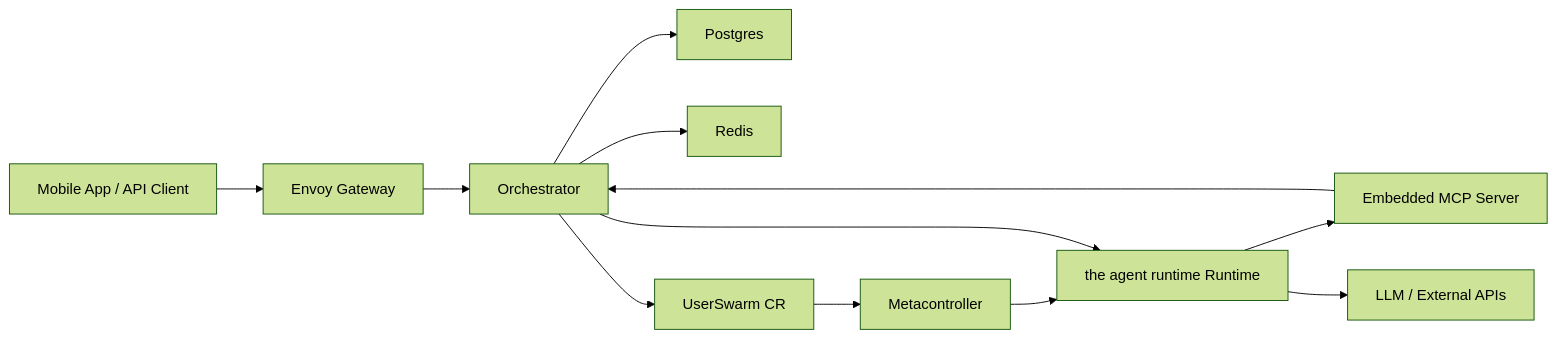
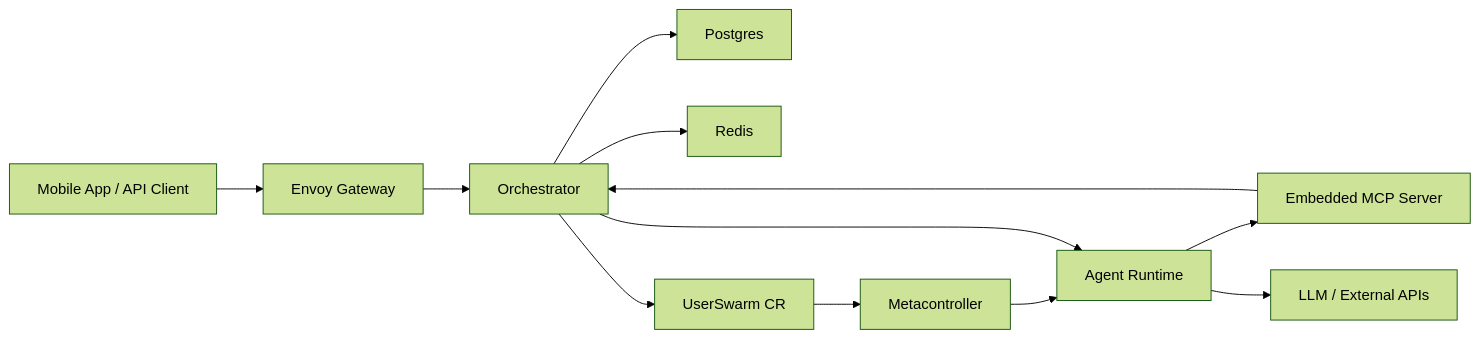
The diagram in README.md (Crawbl-AI/crawbl-backend), drawn with Mermaid (forest theme) before and after one commit. The commit also changed other lines of this file and 5 other files, not shown here.

First line of the commit message:
docs: replace ZeroClaw with Agent Runtime, fix stale architecture refs

````diff
--- a/README.md
+++ b/README.md
@@ -26,25 +26,25 @@
 ```mermaid
 flowchart LR
     client["Mobile App / API Client"]
     envoy["Envoy Gateway"]
     orch["Orchestrator"]
     db["Postgres"]
     redis["Redis"]
     cr["UserSwarm CR"]
     mc["Metacontroller"]
-    runtime["the agent runtime Runtime"]
+    runtime["Agent Runtime"]
     mcp["Embedded MCP Server"]
     llm["LLM / External APIs"]
 
     client --> envoy
     envoy --> orch
     orch --> db
     orch --> redis
     orch --> cr
     cr --> mc
     mc --> runtime
     orch --> runtime
     runtime --> mcp
     mcp --> orch
     runtime --> llm
 ```
````
